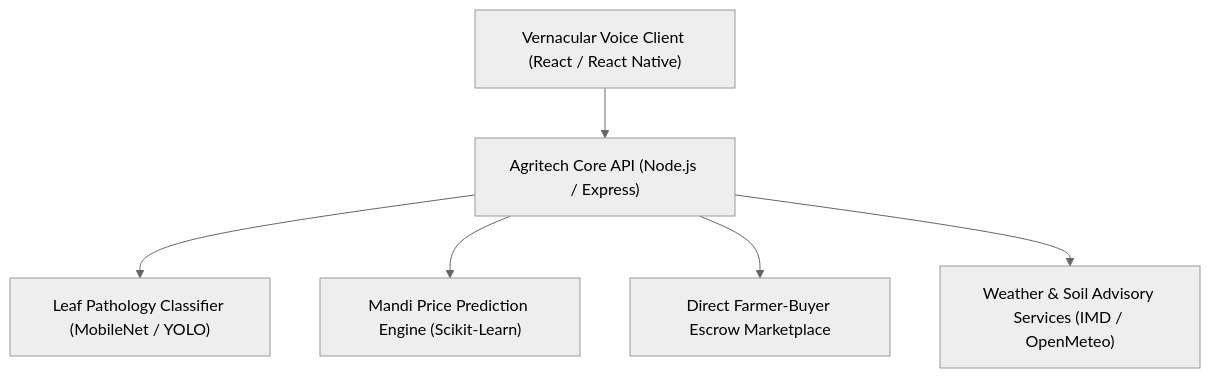
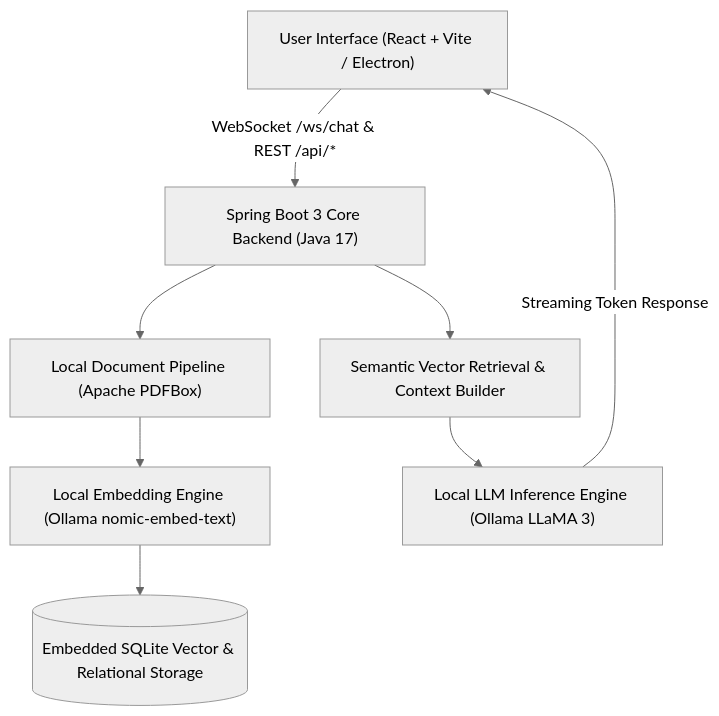
The diagram in README.md (Tharun4743/SIH25231), drawn with Mermaid (neutral theme) before and after one commit. The commit also changed other lines of this file, not shown here.

Commit message:
docs: fix README to accurately document AURA offline multimodal RAG architecture

````diff
--- a/README.md
+++ b/README.md
@@ -58,8 +46,10 @@
 ```mermaid
 graph TD
-    App["Vernacular Voice Client (React / React Native)"] --> Gateway["Agritech Core API (Node.js / Express)"]
-    Gateway --> Vision["Leaf Pathology Classifier (MobileNet / YOLO)"]
-    Gateway --> Forecast["Mandi Price Prediction Engine (Scikit-Learn)"]
-    Gateway --> Market["Direct Farmer-Buyer Escrow Marketplace"]
-    Gateway --> Agro["Weather & Soil Advisory Services (IMD / OpenMeteo)"]
+    User["User Interface (React + Vite / Electron)"] -->|"WebSocket /ws/chat & REST /api/*"| Gateway["Spring Boot 3 Core Backend (Java 17)"]
+    Gateway --> Parser["Local Document Pipeline (Apache PDFBox)"]
+    Parser --> Embedding["Local Embedding Engine (Ollama nomic-embed-text)"]
+    Embedding --> DB[("Embedded SQLite Vector & Relational Storage")]
+    Gateway --> Retriever["Semantic Vector Retrieval & Context Builder"]
+    Retriever --> LLM["Local LLM Inference Engine (Ollama LLaMA 3)"]
+    LLM -->|"Streaming Token Response"| User
 ```
````
